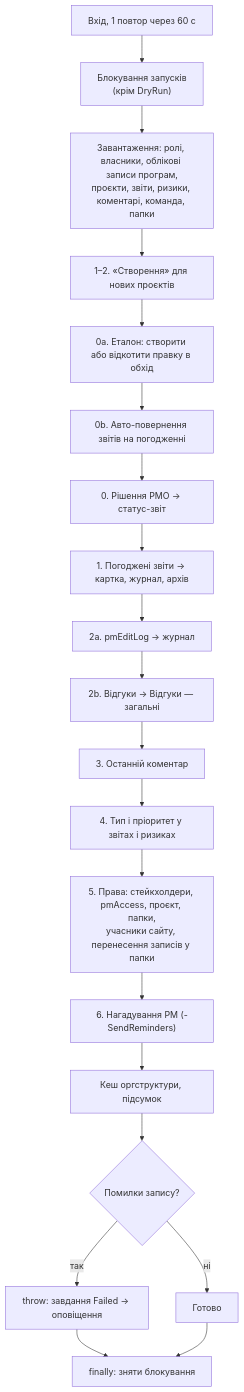
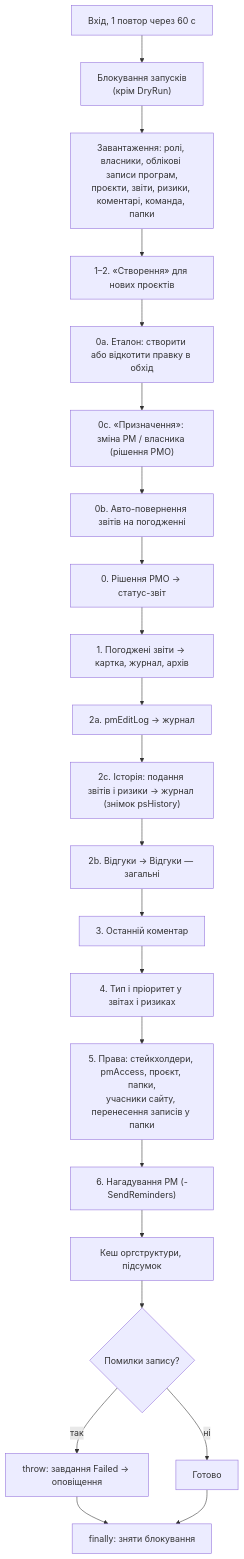
One commit to Acidsly/pmo-portal changed the tenth of 15 diagrams in docs/ARCHITECTURE.md. Above: the diagram before and after it, drawn with Mermaid. The commit also changed other lines of this file and 1 other file, not shown here.

Commit message:
Документация блока 3: потоки «Призначення» и истории (ARCHITECTURE), порядок выкладки (DEPLOYMENT)

````diff
--- a/docs/ARCHITECTURE.md
+++ b/docs/ARCHITECTURE.md
@@ -247,22 +273,24 @@
 ```mermaid
 flowchart TD
     C["Вхід, 1 повтор через 60 с"] --> L["Блокування запусків<br/>(крім DryRun)"]
     L --> LD["Завантаження: ролі, власники, облікові записи програм,<br/>проєкти, звіти, ризики, коментарі, команда, папки"]
     LD --> S12["1–2. «Створення» для нових проєктів"]
     S12 --> S0a["0a. Еталон: створити або відкотити правку в обхід"]
-    S0a --> S0b["0b. Авто-повернення звітів на погодженні"]
+    S0a --> S0c["0c. «Призначення»: зміна PM / власника (рішення PMO)"]
+    S0c --> S0b["0b. Авто-повернення звітів на погодженні"]
     S0b --> S0["0. Рішення PMO → статус-звіт"]
     S0 --> S1["1. Погоджені звіти → картка, журнал, архів"]
     S1 --> S2a["2a. pmEditLog → журнал"]
-    S2a --> S2b["2b. Відгуки → Відгуки — загальні"]
+    S2a --> S2c["2c. Історія: подання звітів і ризики → журнал (знімок psHistory)"]
+    S2c --> S2b["2b. Відгуки → Відгуки — загальні"]
     S2b --> S3["3. Останній коментар"]
     S3 --> S4["4. Тип і пріоритет у звітах і ризиках"]
     S4 --> S5["5. Права: стейкхолдери, pmAccess, проєкт, папки,<br/>учасники сайту, перенесення записів у папки"]
     S5 --> S6["6. Нагадування PM (-SendReminders)"]
     S6 --> K["Кеш оргструктури, підсумок"]
     K --> X{"Помилки запису?"}
     X -- так --> F["throw: завдання Failed → оповіщення"]
     X -- ні --> OK["Готово"]
     F --> UL["finally: зняти блокування"]
     OK --> UL
 ```
````
